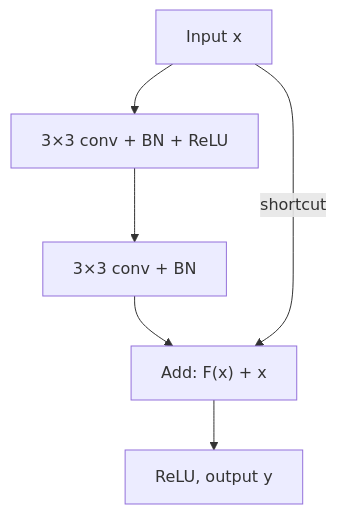
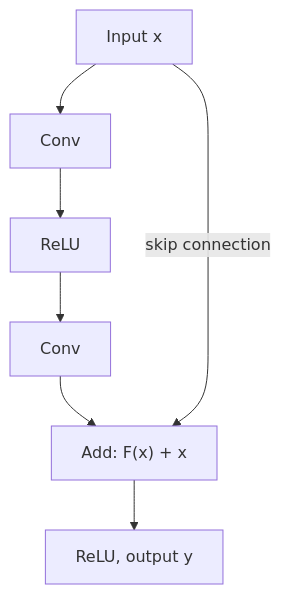
Before and after one commit to TrendySloth1001/sem-seven-notes: the second of 2 diagrams in content/deep-learning/pyq/2025-05/q3a.mdx, drawn with Mermaid. The commit also changed other lines of this file and 186 other files, not shown here.

````diff
--- a/content/deep-learning/pyq/2025-05/q3a.mdx
+++ b/content/deep-learning/pyq/2025-05/q3a.mdx
@@ -43,9 +24,10 @@
 ```mermaid
-%% caption: A residual block. The shortcut carries x around the two layers and adds it to F(x).
+%% caption: A residual block of ResNet. The skip connection adds the input back to the output of the convolutions.
 flowchart TD
-  X["Input x"] --> A["3×3 conv + BN + ReLU"]
-  A --> B["3×3 conv + BN"]
-  B --> C["Add: F(x) + x"]
-  X -- "shortcut" --> C
-  C --> D["ReLU, output y"]
+  X["Input x"] --> C1["Conv"]
+  C1 --> R["ReLU"]
+  R --> C2["Conv"]
+  C2 --> A["Add: F(x) + x"]
+  X -->|"skip connection"| A
+  A --> O["ReLU, output y"]
 ```
````
